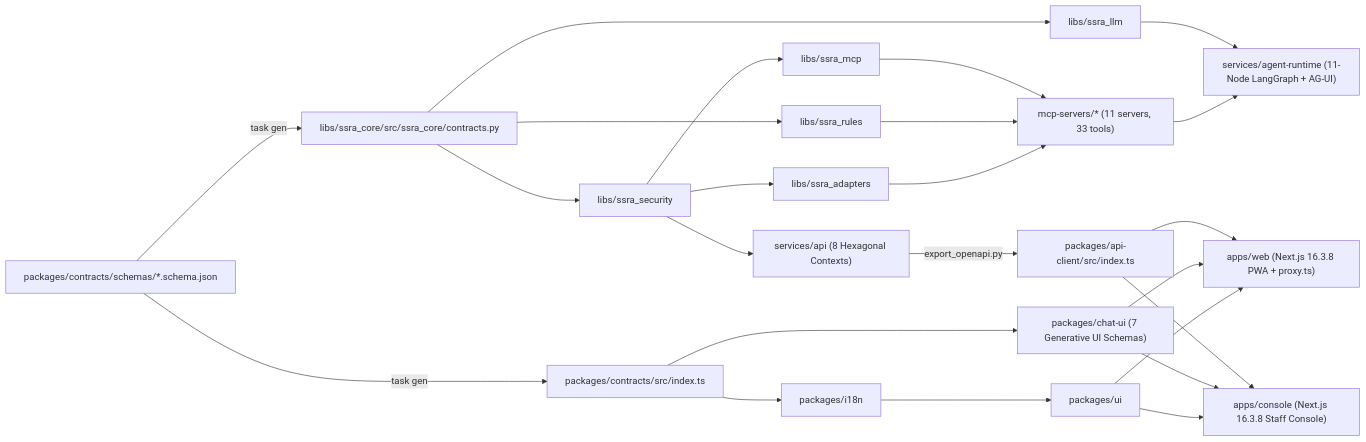
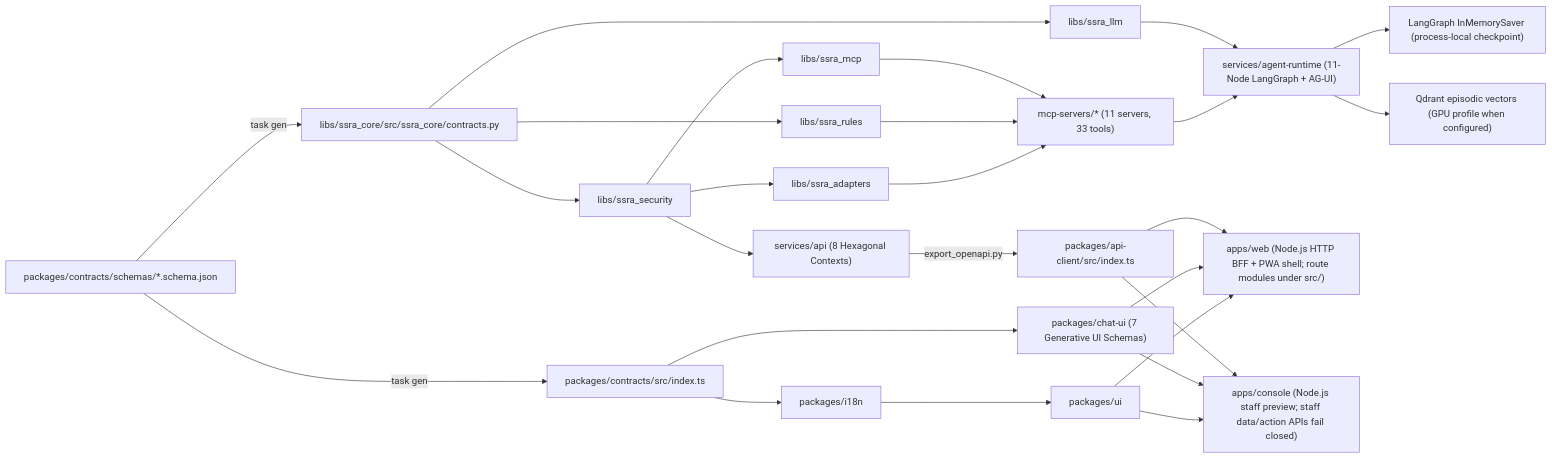
The diagram in graphify-out/GRAPH_REPORT.md (mpairwe7/SSRA-CX), drawn with Mermaid before and after one commit. The commit also changed other lines of this file and 3 other files, not shown here.

Commit message:
docs(architecture): reconcile current structure and flows

````diff
--- a/graphify-out/GRAPH_REPORT.md
+++ b/graphify-out/GRAPH_REPORT.md
@@ -10,30 +10,32 @@
 ```mermaid
 flowchart LR
     Contracts["packages/contracts/schemas/*.schema.json"] -->|"task gen"| PyContracts["libs/ssra_core/src/ssra_core/contracts.py"]
     Contracts -->|"task gen"| TsContracts["packages/contracts/src/index.ts"]
 
     PyContracts --> Security["libs/ssra_security"]
     PyContracts --> Rules["libs/ssra_rules"]
     PyContracts --> LLM["libs/ssra_llm"]
     Security --> Adapters["libs/ssra_adapters"]
     Security --> MCPBase["libs/ssra_mcp"]
 
     Adapters --> MCPServers["mcp-servers/* (11 servers, 33 tools)"]
     Rules --> MCPServers
     MCPBase --> MCPServers
 
     MCPServers --> Runtime["services/agent-runtime (11-Node LangGraph + AG-UI)"]
     LLM --> Runtime
     Security --> CoreAPI["services/api (8 Hexagonal Contexts)"]
     CoreAPI -->|"export_openapi.py"| ApiClient["packages/api-client/src/index.ts"]
 
     TsContracts --> I18n["packages/i18n"]
     TsContracts --> ChatUI["packages/chat-ui (7 Generative UI Schemas)"]
     I18n --> UI["packages/ui"]
-    UI --> Web["apps/web (Next.js 16.3.8 PWA + proxy.ts)"]
+    UI --> Web["apps/web (Node.js HTTP BFF + PWA shell; route modules under src/)"]
     ChatUI --> Web
     ApiClient --> Web
-    UI --> Console["apps/console (Next.js 16.3.8 Staff Console)"]
+    UI --> Console["apps/console (Node.js staff preview; staff data/action APIs fail closed)"]
     ChatUI --> Console
     ApiClient --> Console
+    Runtime --> RuntimeState["LangGraph InMemorySaver (process-local checkpoint)"]
+    Runtime --> Qdrant["Qdrant episodic vectors (GPU profile when configured)"]
 ```
````
